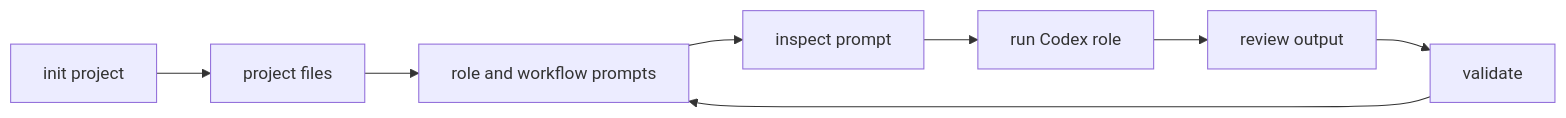
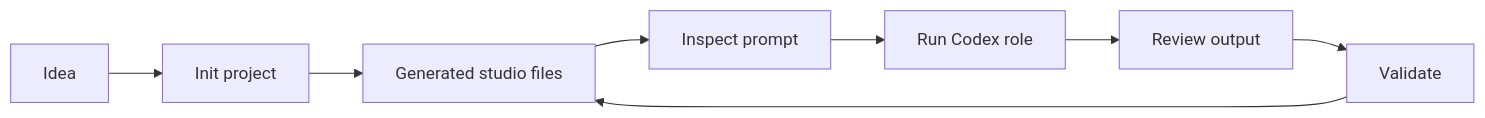
The diagram in README.md (merlinhu1/codex-game-studio), drawn with Mermaid before and after one commit. The commit also changed other lines of this file and 12 other files, not shown here.

````diff
--- a/README.md
+++ b/README.md
@@ -78,10 +67,10 @@
 ```mermaid
 flowchart LR
-  A[init project] --> B[project files]
-  B --> C[role and workflow prompts]
-  C --> D[inspect prompt]
-  D --> E[run Codex role]
-  E --> F[review output]
-  F --> G[validate]
+  A[Idea] --> B[Init project]
+  B --> C[Generated studio files]
+  C --> D[Inspect prompt]
+  D --> E[Run Codex role]
+  E --> F[Review output]
+  F --> G[Validate]
   G --> C
 ```
````
